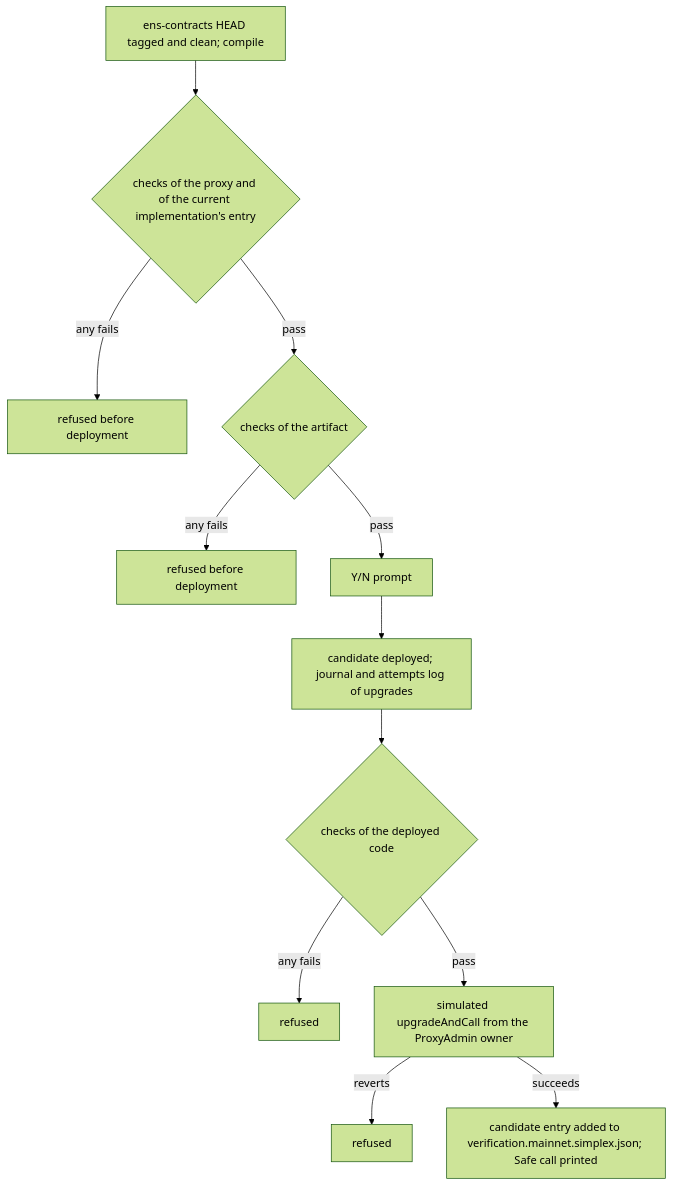
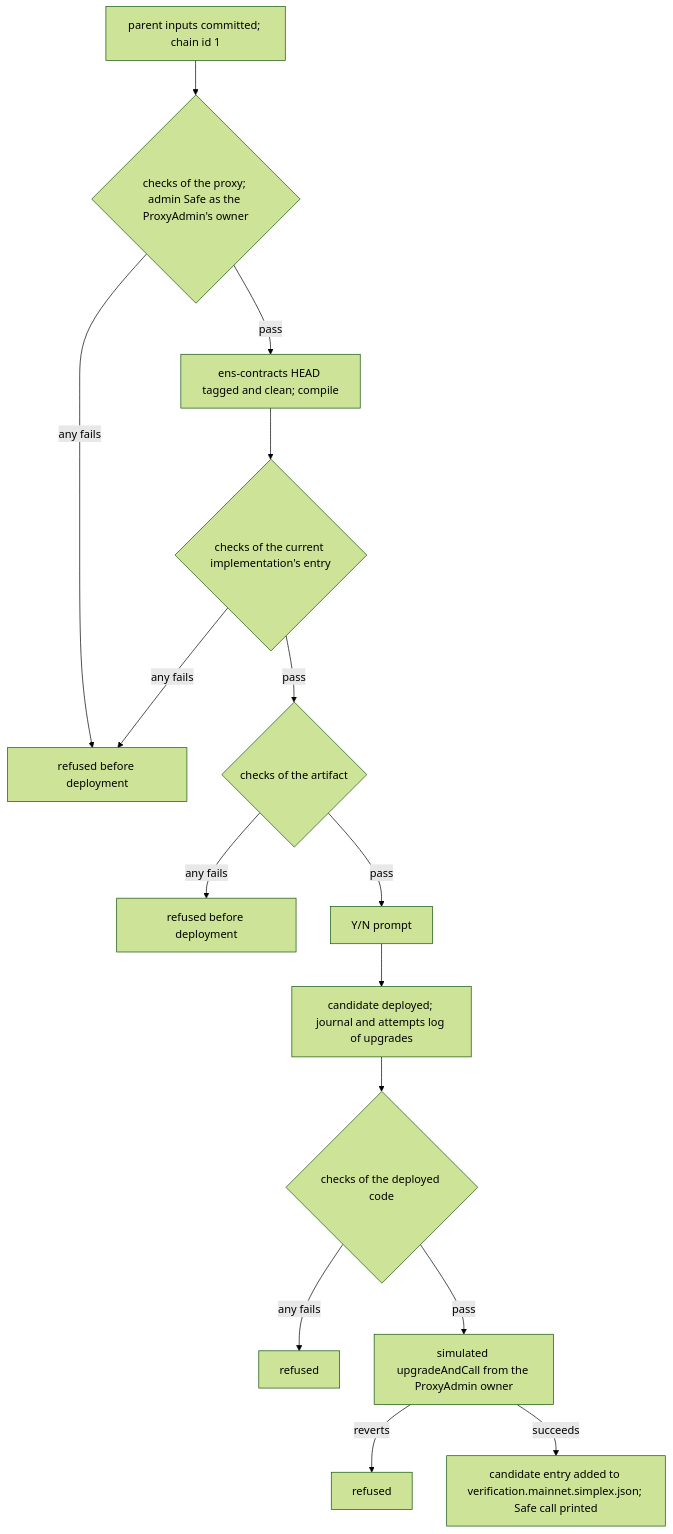
Before and after one commit to brenzi-agent/simplex-namespace-contract: the sixth of 7 diagrams in docs/deployment.md, drawn with Mermaid (forest theme). The commit also changed other lines of this file, not shown here.

````diff
--- a/docs/deployment.md
+++ b/docs/deployment.md
@@ -867,14 +928,17 @@
 ```mermaid
 flowchart TD
-  S[ens-contracts HEAD tagged and clean; compile] --> A{checks of the proxy and of the current implementation's entry}
-  A -->|any fails| X0[refused before deployment]
+  C[parent inputs committed; chain id 1] --> O{checks of the proxy; admin Safe as the ProxyAdmin's owner}
+  O -->|any fails| X0[refused before deployment]
+  O -->|pass| S[ens-contracts HEAD tagged and clean; compile]
+  S --> A{checks of the current implementation's entry}
+  A -->|any fails| X0
   A -->|pass| L{checks of the artifact}
   L -->|any fails| X1[refused before deployment]
   L -->|pass| Y[Y/N prompt]
   Y --> D[candidate deployed; journal and attempts log of upgrades]
   D --> K{checks of the deployed code}
   K -->|any fails| X2[refused]
   K -->|pass| M[simulated upgradeAndCall from the ProxyAdmin owner]
   M -->|reverts| X3[refused]
   M -->|succeeds| W[candidate entry added to verification.mainnet.simplex.json; Safe call printed]
 ```
````
